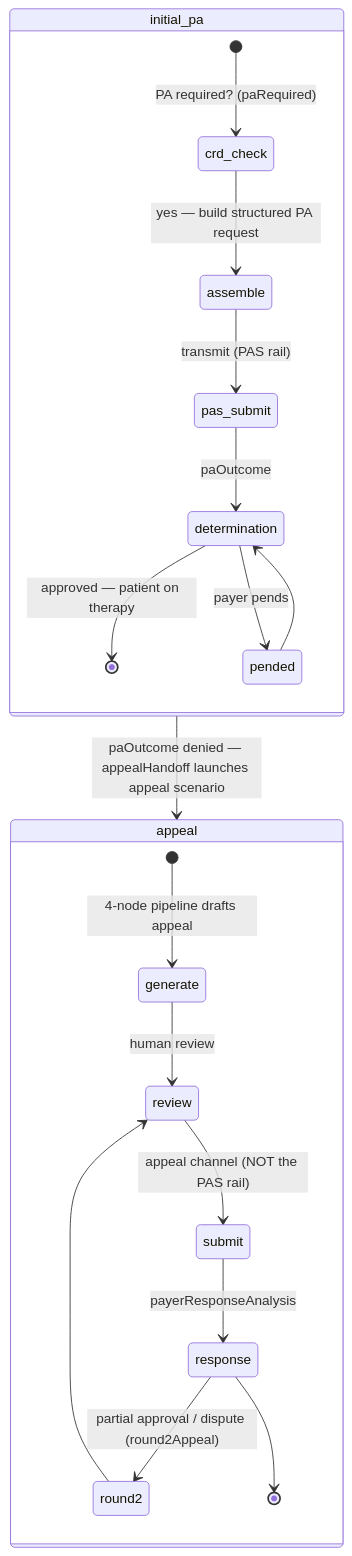
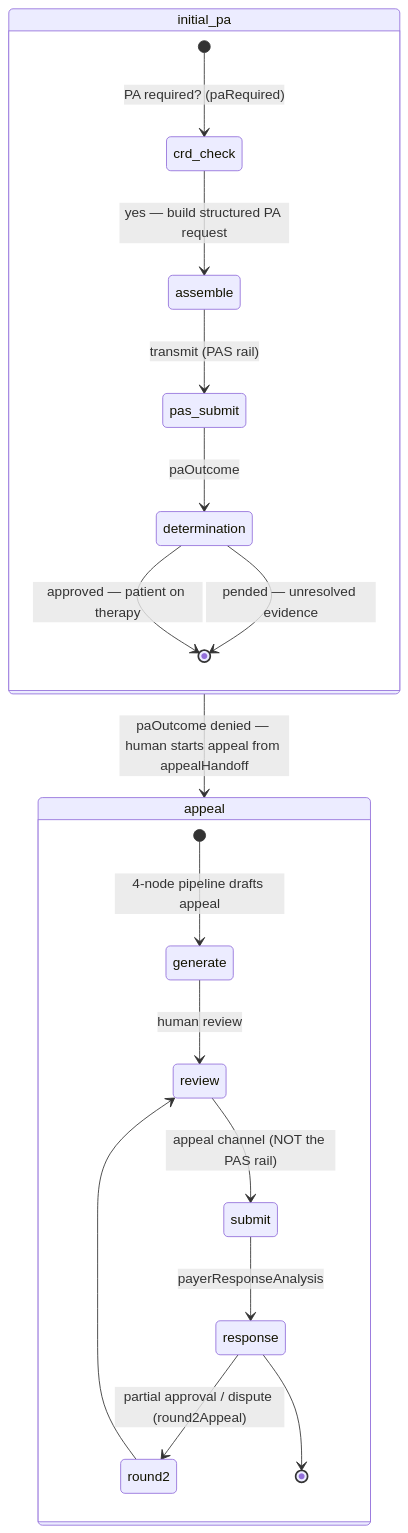
The second of 5 diagrams in docs/architecture/05-state-lifecycle.md (mcruz90/paxos-demo), drawn with Mermaid before and after one commit. The commit also changed other lines of this file and 6 other files, not shown here.

````diff
--- a/docs/architecture/05-state-lifecycle.md
+++ b/docs/architecture/05-state-lifecycle.md
@@ -55,22 +55,21 @@
 ```mermaid
 stateDiagram-v2
     state initial_pa {
         [*] --> crd_check : PA required? (paRequired)
         crd_check --> assemble : yes — build structured PA request
         assemble --> pas_submit : transmit (PAS rail)
         pas_submit --> determination : paOutcome
         determination --> [*] : approved — patient on therapy
-        determination --> pended : payer pends
-        pended --> determination
+        determination --> [*] : pended — unresolved evidence
     }
-    initial_pa --> appeal : paOutcome denied — appealHandoff launches appeal scenario
+    initial_pa --> appeal : paOutcome denied — human starts appeal from appealHandoff
     state appeal {
         [*] --> generate : 4-node pipeline drafts appeal
         generate --> review : human review
         review --> submit : appeal channel (NOT the PAS rail)
         submit --> response : payerResponseAnalysis
         response --> round2 : partial approval / dispute (round2Appeal)
         round2 --> review
         response --> [*]
     }
 ```
````
